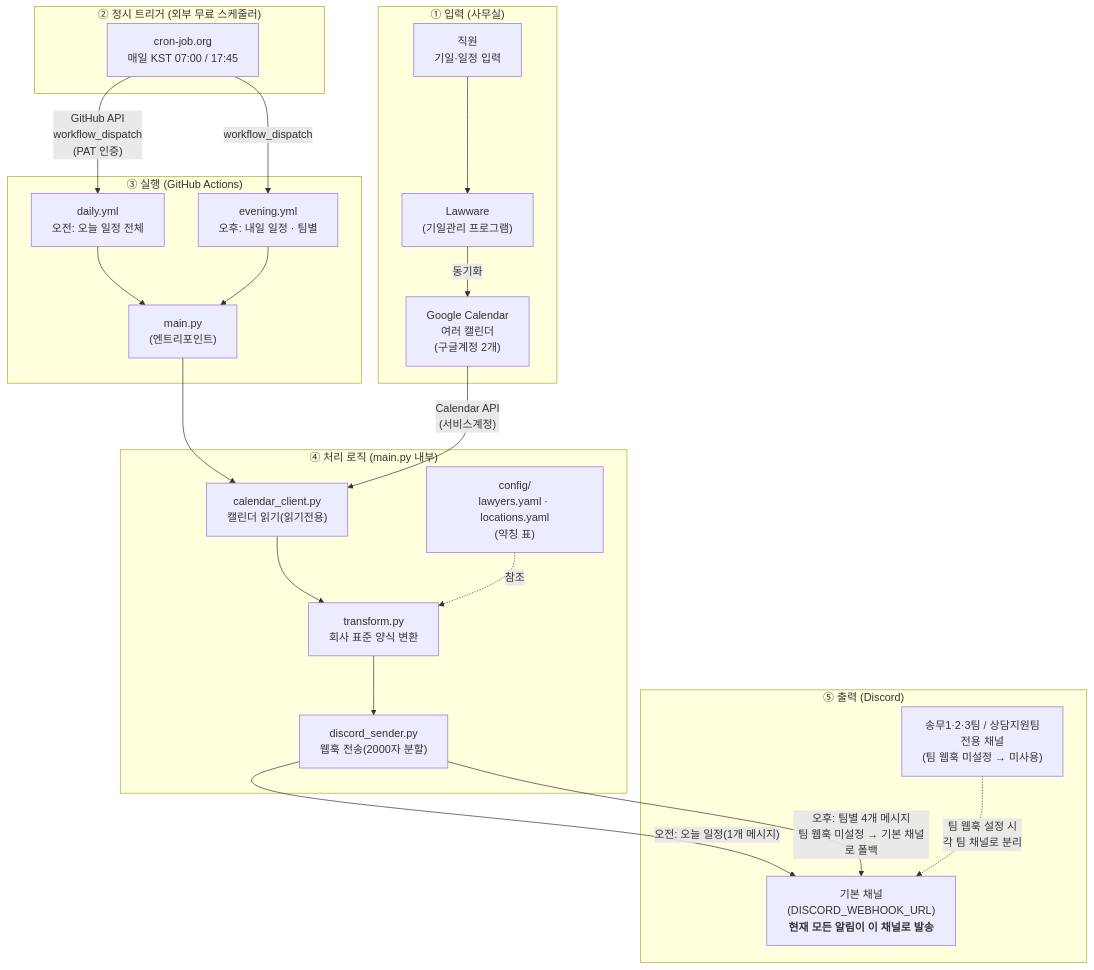
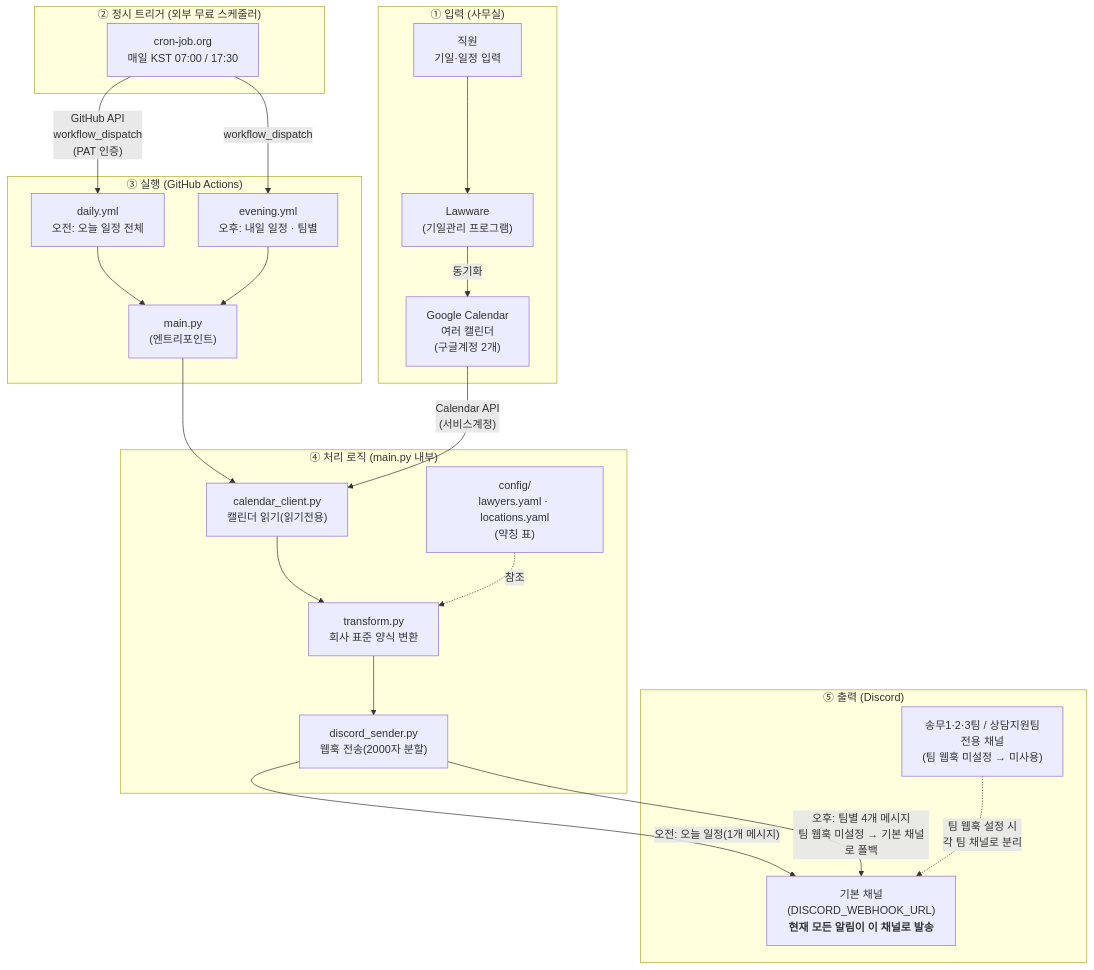
Before and after one commit to nova-law-legal/legal: the diagram in docs/전체-구성도.md, drawn with Mermaid. The commit also changed other lines of this file and 6 other files, not shown here.

````diff
--- a/docs/전체-구성도.md
+++ b/docs/전체-구성도.md
@@ -8,42 +8,42 @@
 ```mermaid
 flowchart TD
     subgraph INPUT["① 입력 (사무실)"]
         STAFF["직원<br/>기일·일정 입력"] --> LAWWARE["Lawware<br/>(기일관리 프로그램)"]
         LAWWARE -->|동기화| GCAL["Google Calendar<br/>여러 캘린더<br/>(구글계정 2개)"]
     end
 
     subgraph TRIGGER["② 정시 트리거 (외부 무료 스케줄러)"]
-        CRON["cron-job.org<br/>매일 KST 07:00 / 17:45"]
+        CRON["cron-job.org<br/>매일 KST 07:00 / 17:30"]
     end
 
     subgraph GH["③ 실행 (GitHub Actions)"]
         DAILY["daily.yml<br/>오전: 오늘 일정 전체"]
         EVENING["evening.yml<br/>오후: 내일 일정 · 팀별"]
         MAIN["main.py<br/>(엔트리포인트)"]
         DAILY --> MAIN
         EVENING --> MAIN
     end
 
     subgraph BOT["④ 처리 로직 (main.py 내부)"]
         READ["calendar_client.py<br/>캘린더 읽기(읽기전용)"]
         TRANS["transform.py<br/>회사 표준 양식 변환"]
         SEND["discord_sender.py<br/>웹훅 전송(2000자 분할)"]
         CFG["config/<br/>lawyers.yaml · locations.yaml<br/>(약칭 표)"]
         READ --> TRANS
         CFG -.참조.-> TRANS
         TRANS --> SEND
     end
 
     subgraph OUT["⑤ 출력 (Discord)"]
         CH_MAIN["기본 채널<br/>(DISCORD_WEBHOOK_URL)<br/><b>현재 모든 알림이 이 채널로 발송</b>"]
         TEAMCH["송무1·2·3팀 / 상담지원팀<br/>전용 채널<br/>(팀 웹훅 미설정 → 미사용)"]
     end
 
     CRON -->|"GitHub API<br/>workflow_dispatch<br/>(PAT 인증)"| DAILY
     CRON -->|"workflow_dispatch"| EVENING
     MAIN --> READ
     GCAL -->|"Calendar API<br/>(서비스계정)"| READ
     SEND -->|"오전: 오늘 일정(1개 메시지)"| CH_MAIN
     SEND -->|"오후: 팀별 4개 메시지<br/>팀 웹훅 미설정 → 기본 채널로 폴백"| CH_MAIN
     TEAMCH -.->|"팀 웹훅 설정 시<br/>각 팀 채널로 분리"| CH_MAIN
 ```
````
